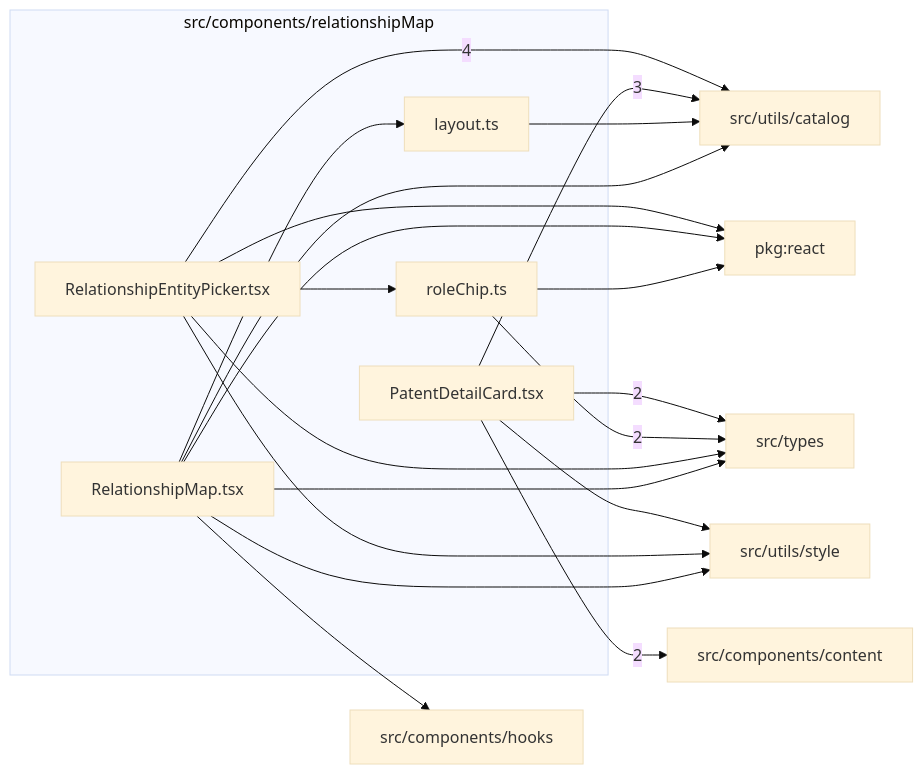
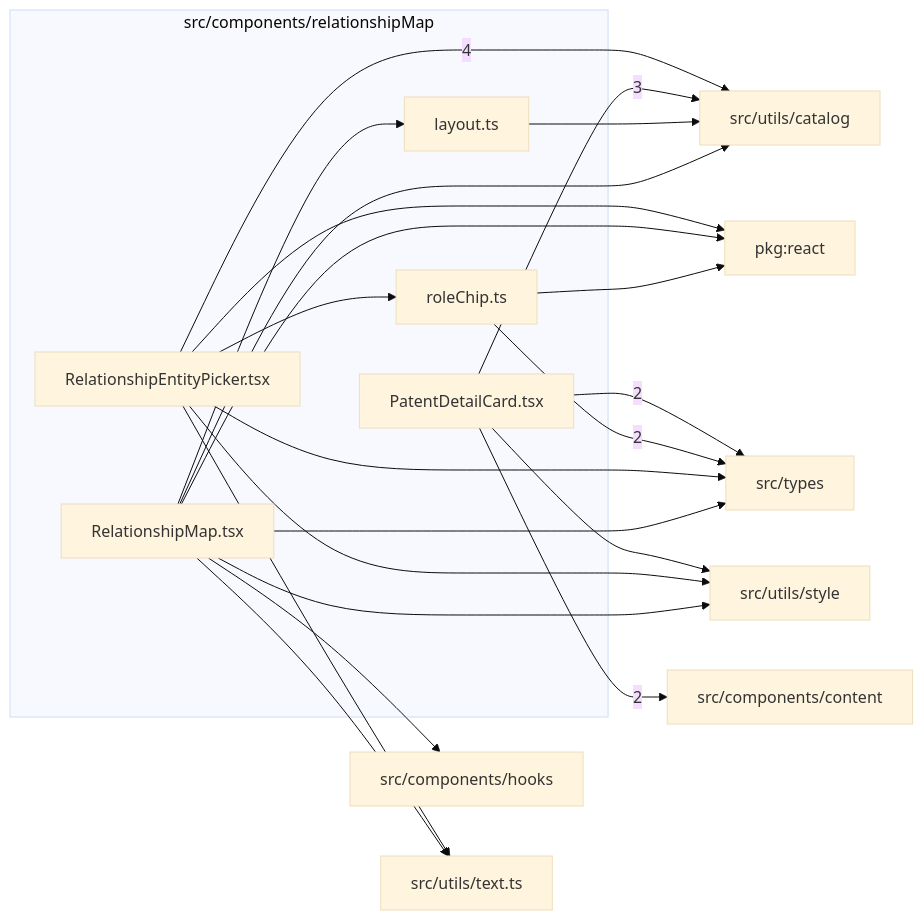
Before and after one commit to ronbuening/LensVisualizer: the diagram in src/components/relationshipMap/readme.md, drawn with Mermaid (base theme). The commit also changed other lines of this file and 20 other files, not shown here.

````diff
--- a/src/components/relationshipMap/readme.md
+++ b/src/components/relationshipMap/readme.md
@@ -9,34 +9,37 @@
 ```mermaid
 flowchart LR
   subgraph n_src_components_relationshipMap["src/components/relationshipMap"]
     n_src_components_relationshipMap_src_components_relationshipMap_layout_ts["layout.ts"]
     n_src_components_relationshipMap_src_components_relationshipMap_PatentDetailCard_tsx["PatentDetailCard.tsx"]
     n_src_components_relationshipMap_src_components_relationshipMap_RelationshipEntityPicker_tsx["RelationshipEntityPicker.tsx"]
     n_src_components_relationshipMap_src_components_relationshipMap_RelationshipMap_tsx["RelationshipMap.tsx"]
     n_src_components_relationshipMap_src_components_relationshipMap_roleChip_ts["roleChip.ts"]
   end
   n_external_src_utils_catalog["src/utils/catalog"]
   n_external_src_components_content["src/components/content"]
   n_external_src_types["src/types"]
   n_external_pkg_react["pkg:react"]
   n_external_src_components_hooks["src/components/hooks"]
   n_external_src_utils_style["src/utils/style"]
+  n_external_src_utils_text_ts["src/utils/text.ts"]
   n_src_components_relationshipMap_src_components_relationshipMap_RelationshipEntityPicker_tsx --> |4| n_external_src_utils_catalog
   n_src_components_relationshipMap_src_components_relationshipMap_PatentDetailCard_tsx --> |3| n_external_src_utils_catalog
   n_src_components_relationshipMap_src_components_relationshipMap_PatentDetailCard_tsx --> |2| n_external_src_components_content
   n_src_components_relationshipMap_src_components_relationshipMap_PatentDetailCard_tsx --> |2| n_external_src_types
   n_src_components_relationshipMap_src_components_relationshipMap_roleChip_ts --> |2| n_external_src_types
   n_src_components_relationshipMap_src_components_relationshipMap_RelationshipEntityPicker_tsx --> n_external_pkg_react
   n_src_components_relationshipMap_src_components_relationshipMap_RelationshipMap_tsx --> n_external_pkg_react
   n_src_components_relationshipMap_src_components_relationshipMap_roleChip_ts --> n_external_pkg_react
   n_src_components_relationshipMap_src_components_relationshipMap_RelationshipMap_tsx --> n_external_src_components_hooks
   n_src_components_relationshipMap_src_components_relationshipMap_RelationshipEntityPicker_tsx --> n_external_src_types
   n_src_components_relationshipMap_src_components_relationshipMap_RelationshipMap_tsx --> n_external_src_types
   n_src_components_relationshipMap_src_components_relationshipMap_layout_ts --> n_external_src_utils_catalog
   n_src_components_relationshipMap_src_components_relationshipMap_RelationshipMap_tsx --> n_external_src_utils_catalog
   n_src_components_relationshipMap_src_components_relationshipMap_PatentDetailCard_tsx --> n_external_src_utils_style
   n_src_components_relationshipMap_src_components_relationshipMap_RelationshipEntityPicker_tsx --> n_external_src_utils_style
   n_src_components_relationshipMap_src_components_relationshipMap_RelationshipMap_tsx --> n_external_src_utils_style
+  n_src_components_relationshipMap_src_components_relationshipMap_RelationshipEntityPicker_tsx --> n_external_src_utils_text_ts
+  n_src_components_relationshipMap_src_components_relationshipMap_RelationshipMap_tsx --> n_external_src_utils_text_ts
   n_src_components_relationshipMap_src_components_relationshipMap_RelationshipMap_tsx --> n_src_components_relationshipMap_src_components_relationshipMap_layout_ts
   n_src_components_relationshipMap_src_components_relationshipMap_RelationshipEntityPicker_tsx --> n_src_components_relationshipMap_src_components_relationshipMap_roleChip_ts
 ```
````
